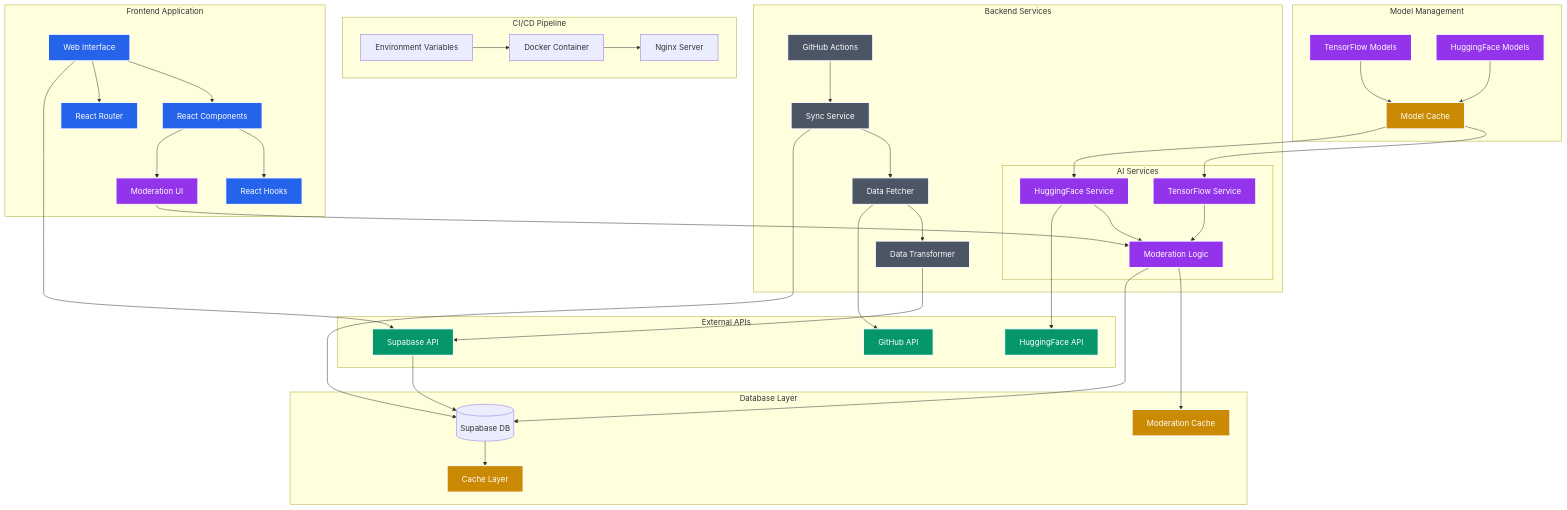
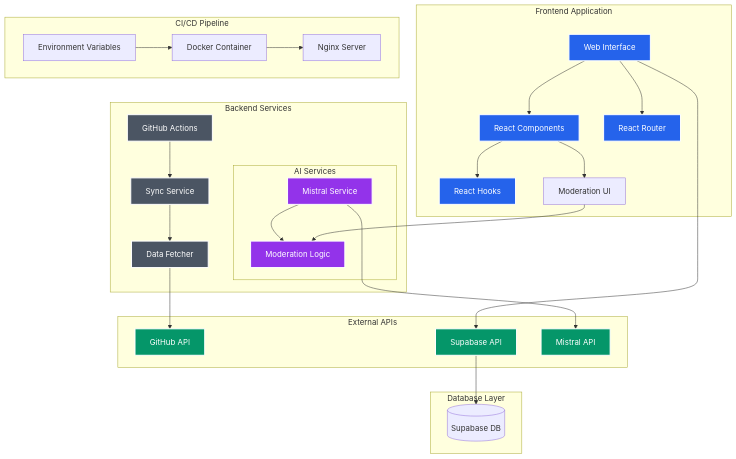
The fourth of 4 diagrams in README.md (nathan-myers/Maverick-AI), drawn with Mermaid before and after one commit. The commit also changed other lines of this file, not shown here.

````diff
--- a/README.md
+++ b/README.md
@@ -336,40 +293,31 @@
         GHA[GitHub Actions]
         SYNC[Sync Service]
         FETCH[Data Fetcher]
-        TRANS[Data Transformer]
         
         subgraph "AI Services"
-            TF[TensorFlow Service]
-            HF[HuggingFace Service]
+            MS[Mistral Service]
             MOD[Moderation Logic]
             
-            TF --> MOD
-            HF --> MOD
+            MS --> MOD
         end
         
         GHA --> SYNC
         SYNC --> FETCH
-        FETCH --> TRANS
     end
 
     subgraph "External APIs"
         GITHUB[GitHub API]
         SUPA[Supabase API]
-        HF_API[HuggingFace API]
+        MISTRAL[Mistral API]
         
         FETCH --> GITHUB
-        TRANS --> SUPA
-        HF --> HF_API
+        MS --> MISTRAL
     end
 
     subgraph "Database Layer"
         DB[(Supabase DB)]
-        CACHE[Cache Layer]
-        MOD_CACHE[Moderation Cache]
         
         SUPA --> DB
-        DB --> CACHE
-        MOD --> MOD_CACHE
     end
 
     subgraph "CI/CD Pipeline"
@@ -381,31 +329,16 @@
         ENV --> DOCKER
     end
 
-    subgraph "Model Management"
-        TF_MODELS[TensorFlow Models]
-        HF_MODELS[HuggingFace Models]
-        MODEL_CACHE[Model Cache]
-        
-        TF_MODELS --> MODEL_CACHE
-        HF_MODELS --> MODEL_CACHE
-        MODEL_CACHE --> TF
-        MODEL_CACHE --> HF
-    end
-
     WEB --> SUPA
-    SYNC --> DB
     MOD_UI --> MOD
-    MOD --> DB
     
     classDef primary fill:#2563eb,stroke:#fff,stroke-width:2px,color:#fff
     classDef secondary fill:#4b5563,stroke:#fff,stroke-width:2px,color:#fff
     classDef external fill:#059669,stroke:#fff,stroke-width:2px,color:#fff
     classDef ai fill:#9333ea,stroke:#fff,stroke-width:2px,color:#fff
-    classDef cache fill:#ca8a04,stroke:#fff,stroke-width:2px,color:#fff
     
     class WEB,COMP,HOOKS,ROUTE primary
-    class GHA,SYNC,FETCH,TRANS secondary
-    class GITHUB,SUPA,HF_API external
-    class TF,HF,MOD,TF_MODELS,HF_MODELS,MOD_UI ai
-    class CACHE,MOD_CACHE,MODEL_CACHE cache
+    class GHA,SYNC,FETCH secondary
+    class GITHUB,SUPA,MISTRAL external
+    class MS,MOD ai
 ```
````
